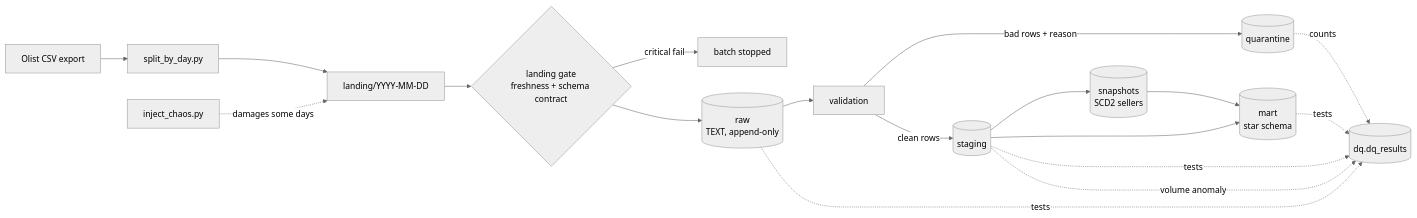
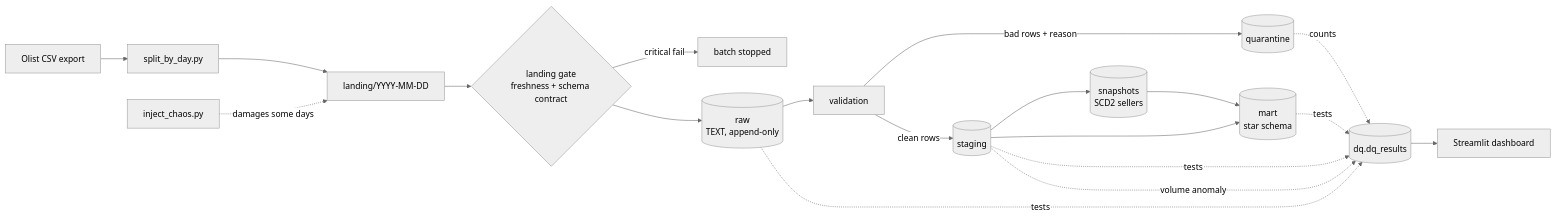
The diagram in README.md (Yombia/merchant-dq-pipeline), drawn with Mermaid (neutral theme) before and after one commit. The commit also changed other lines of this file and 27 other files, not shown here.

````diff
--- a/README.md
+++ b/README.md
@@ -22,20 +30,21 @@
 ```mermaid
 flowchart LR
     SRC[Olist CSV export] --> SPLIT[split_by_day.py]
     SPLIT --> LAND[landing/YYYY-MM-DD]
     CHAOS[inject_chaos.py] -. damages some days .-> LAND
     LAND --> GATE{landing gate<br/>freshness + schema contract}
     GATE -- critical fail --> STOP[batch stopped]
     GATE --> RAW[(raw<br/>TEXT, append-only)]
     RAW --> VAL[validation]
     VAL -- bad rows + reason --> QUAR[(quarantine)]
     VAL -- clean rows --> STG[(staging)]
     STG --> SNAP[(snapshots<br/>SCD2 sellers)]
     STG --> MART[(mart<br/>star schema)]
     SNAP --> MART
     RAW -. tests .-> DQ[(dq.dq_results)]
     STG -. tests .-> DQ
     MART -. tests .-> DQ
     QUAR -. counts .-> DQ
     STG -. volume anomaly .-> DQ
+    DQ --> DASH[Streamlit dashboard]
 ```
````
